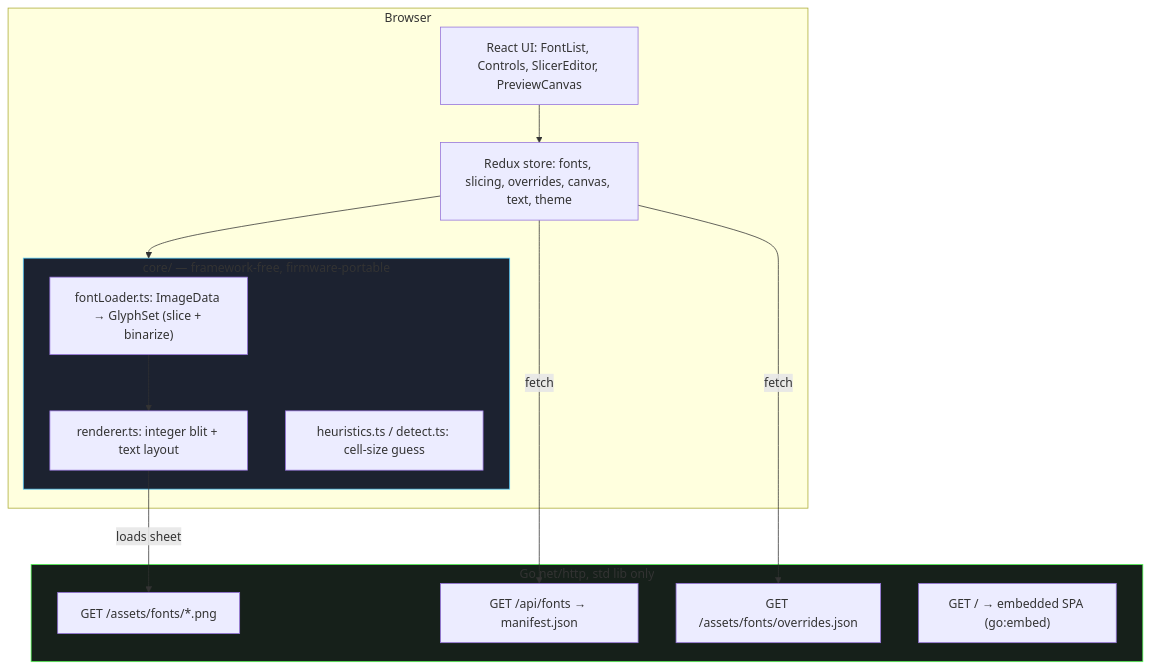
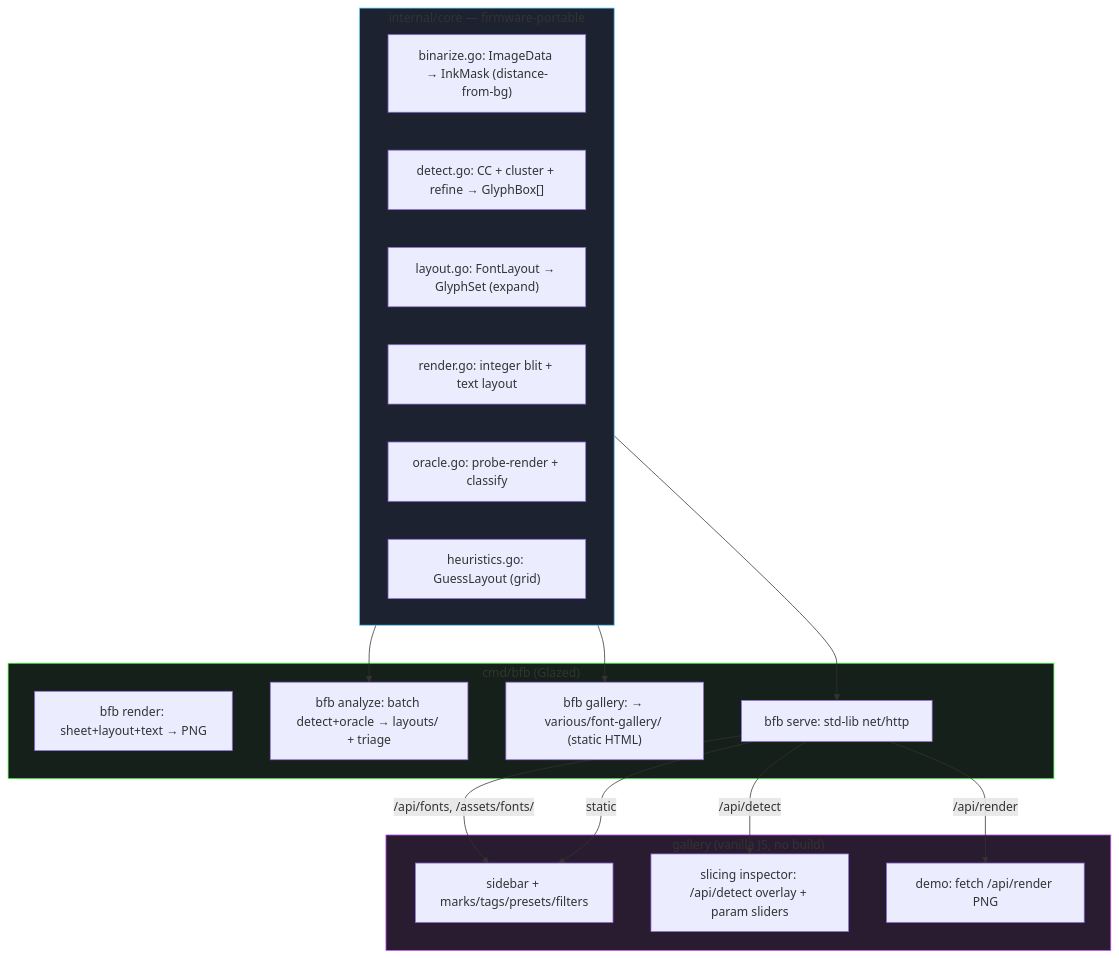
One commit to go-go-golems/go-go-parc changed the diagram in Projects/2026/06/25/PROJ - Bitmap Font Browser - PicoCalc pixel-font preview and slicer.md. Above: the diagram before and after it, drawn with Mermaid. The commit also changed other lines of this file, not shown here.

First line of the commit message:
PROJ Bitmap Font Browser: update to Go-only single-path architecture

````diff
--- a/Projects/2026/06/25/PROJ - Bitmap Font Browser - PicoCalc pixel-font preview and slicer.md
+++ b/Projects/2026/06/25/PROJ - Bitmap Font Browser - PicoCalc pixel-font preview and slicer.md
@@ -52,25 +54,32 @@
 ```mermaid
 graph TD
-  subgraph Browser
-    UI["React UI: FontList, Controls, SlicerEditor, PreviewCanvas"]
-    Store["Redux store: fonts, slicing, overrides, canvas, text, theme"]
-    subgraph Core["core/ — framework-free, firmware-portable"]
-      Loader["fontLoader.ts: ImageData → GlyphSet (slice + binarize)"]
-      Renderer["renderer.ts: integer blit + text layout"]
-      Heur["heuristics.ts / detect.ts: cell-size guess"]
-    end
-    UI --> Store --> Core
-    Loader --> Renderer
+  subgraph CLI["cmd/bfb (Glazed)"]
+    Render["bfb render: sheet+layout+text → PNG"]
+    Analyze["bfb analyze: batch detect+oracle → layouts/ + triage"]
+    Gallery["bfb gallery: → various/font-gallery/ (static HTML)"]
+    Serve["bfb serve: std-lib net/http"]
   end
-  subgraph Server["Go net/http, std lib only"]
-    Fonts["GET /assets/fonts/*.png"]
-    Manifest["GET /api/fonts → manifest.json"]
-    Overrides["GET /assets/fonts/overrides.json"]
-    SPA["GET / → embedded SPA (go:embed)"]
+  subgraph Core["internal/core — firmware-portable"]
+    Binarize["binarize.go: ImageData → InkMask (distance-from-bg)"]
+    Detect["detect.go: CC + cluster + refine → GlyphBox[]"]
+    Layout["layout.go: FontLayout → GlyphSet (expand)"]
+    RenderCore["render.go: integer blit + text layout"]
+    Oracle["oracle.go: probe-render + classify"]
+    Heur["heuristics.go: GuessLayout (grid)"]
   end
-  Store -->|fetch| Manifest
-  Store -->|fetch| Overrides
-  Renderer -->|loads sheet| Fonts
+  subgraph Browser["gallery (vanilla JS, no build)"]
+    UI["sidebar + marks/tags/presets/filters"]
+    Slicing["slicing inspector: /api/detect overlay + param sliders"]
+    Demo["demo: fetch /api/render PNG"]
+  end
+  Serve -->|"/api/render"| Demo
+  Serve -->|"/api/detect"| Slicing
+  Serve -->|"/api/fonts, /assets/fonts/"| UI
+  Serve -->|static| UI
+  Core --> Serve
+  Core --> Analyze
+  Core --> Gallery
   style Core fill:#1c2230,stroke:#5cf
-  style Server fill:#16201a,stroke:#5f5
+  style CLI fill:#16201a,stroke:#5f5
+  style Browser fill:#2a1c30,stroke:#c5f
 ```
````
